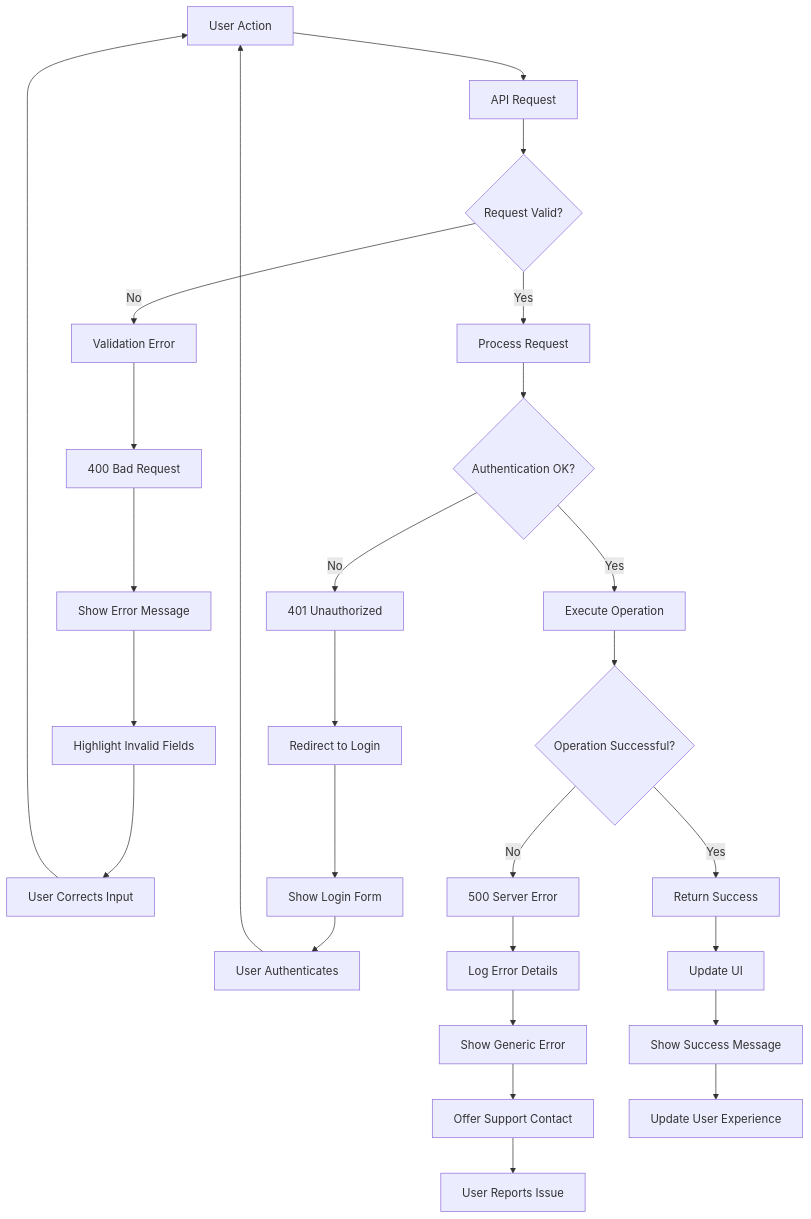
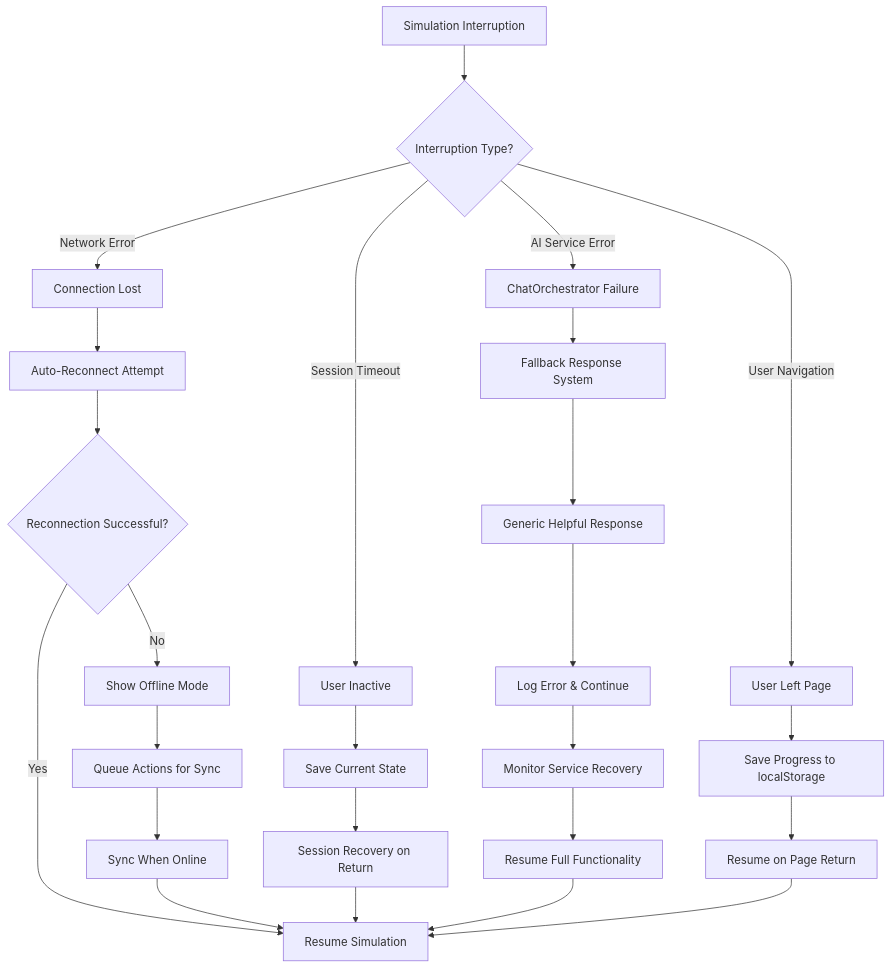
Diagram 12 of 18 in backend/docs/architecture/user-workflow.md (Sbcoit/forked-ai-agent-education-platform), drawn with Mermaid before and after one commit. The commit also changed other lines of this file and 5 other files, not shown here.

First line of the commit message:
docs: Update comprehensive documentation for ChatOrchestrator integration

````diff
--- a/backend/docs/architecture/user-workflow.md
+++ b/backend/docs/architecture/user-workflow.md
@@ -493,35 +490,31 @@
 ```mermaid
-graph TD
-    A[User Action] --> B[API Request]
-    B --> C{Request Valid?}
-    C -->|No| D[Validation Error]
-    C -->|Yes| E[Process Request]
+flowchart TD
+    A[Simulation Interruption] --> B{Interruption Type?}
+    B -->|Network Error| C[Connection Lost]
+    B -->|Session Timeout| D[User Inactive]
+    B -->|AI Service Error| E[ChatOrchestrator Failure]
+    B -->|User Navigation| F[User Left Page]
     
-    D --> D1[400 Bad Request]
-    D1 --> D2[Show Error Message]
-    D2 --> D3[Highlight Invalid Fields]
-    D3 --> D4[User Corrects Input]
-    D4 --> A
+    C --> G[Auto-Reconnect Attempt]
+    D --> H[Save Current State]
+    E --> I[Fallback Response System]
+    F --> J[Save Progress to localStorage]
     
-    E --> F{Authentication OK?}
-    F -->|No| G[401 Unauthorized]
-    F -->|Yes| H[Execute Operation]
+    G --> K{Reconnection Successful?}
+    H --> L[Session Recovery on Return]
+    I --> M[Generic Helpful Response]
+    J --> N[Resume on Page Return]
     
-    G --> G1[Redirect to Login]
-    G1 --> G2[Show Login Form]
-    G2 --> G3[User Authenticates]
-    G3 --> A
+    K -->|Yes| O[Resume Simulation]
+    K -->|No| P[Show Offline Mode]
+    L --> O
+    M --> Q[Log Error & Continue]
+    N --> O
     
-    H --> I{Operation Successful?}
-    I -->|No| J[500 Server Error]
-    I -->|Yes| K[Return Success]
-    
-    J --> J1[Log Error Details]
-    J1 --> J2[Show Generic Error]
-    J2 --> J3[Offer Support Contact]
-    J3 --> J4[User Reports Issue]
-    
-    K --> L[Update UI]
-    L --> M[Show Success Message]
-    M --> N[Update User Experience]
+    P --> R[Queue Actions for Sync]
+    Q --> S[Monitor Service Recovery]
+    R --> T[Sync When Online]
+    S --> U[Resume Full Functionality]
+    T --> O
+    U --> O
 ```
````
